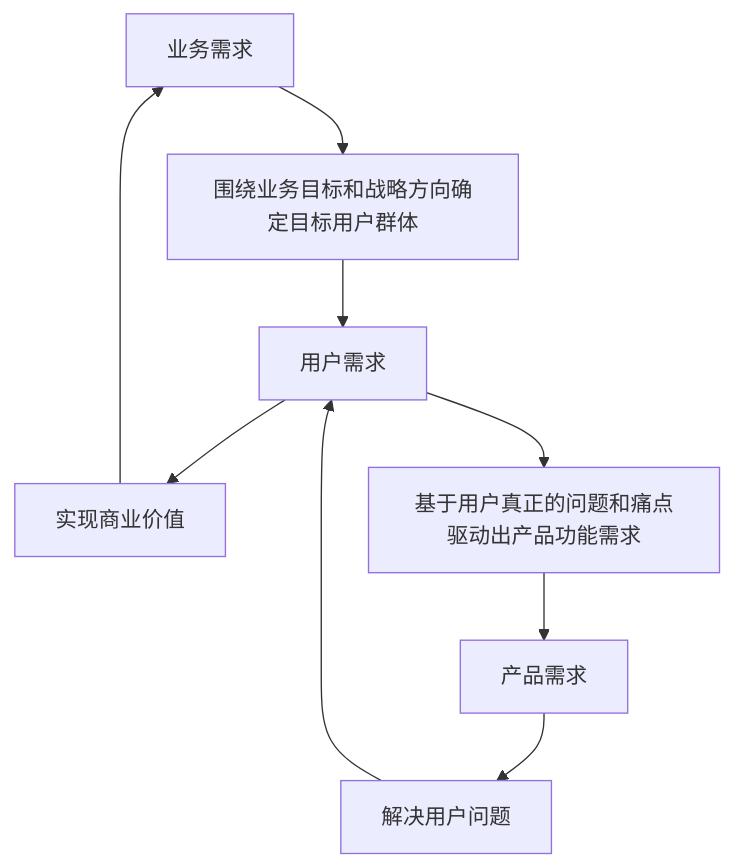
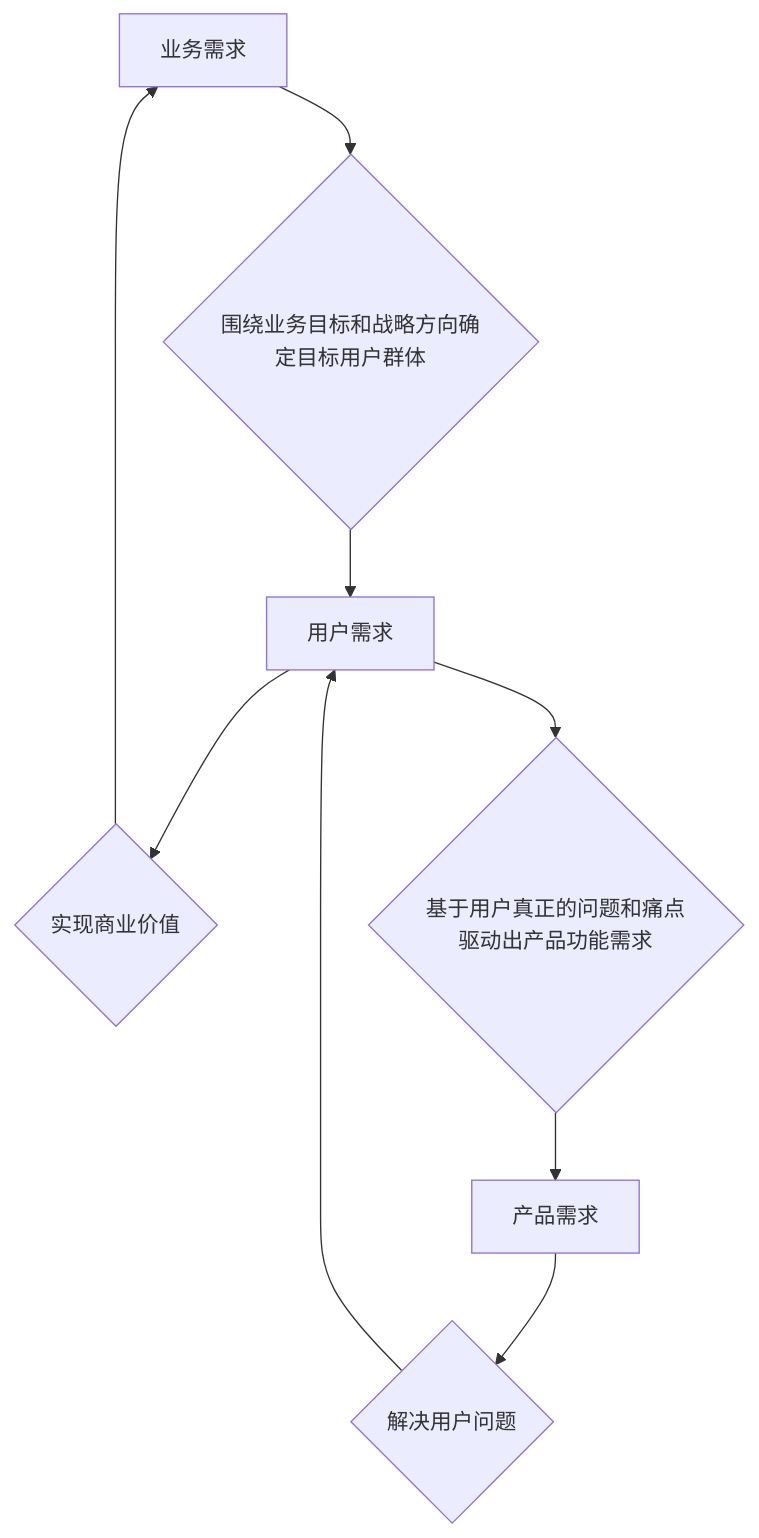
One commit to hr-koala/htblog changed the first of 3 diagrams in src/szkingdom/productization.md. Above: the diagram before and after it, drawn with Mermaid. The commit also changed other lines of this file and 2 other files, not shown here.

````diff
--- a/src/szkingdom/productization.md
+++ b/src/szkingdom/productization.md
@@ -189,11 +210,11 @@
 ```mermaid
 flowchart TD
-    A[业务需求] --> B[围绕业务目标和战略方向确定目标用户群体]
+    A[业务需求] --> B{围绕业务目标和战略方向确定目标用户群体}
     B --> C[用户需求]
-    C --> D[实现商业价值]
+    C --> D{实现商业价值}
     D --> A
-    C --> E[基于用户真正的问题和痛点驱动出产品功能需求]
+    C --> E{基于用户真正的问题和痛点驱动出产品功能需求}
     E --> F[产品需求]
-    F --> G[解决用户问题]
+    F --> G{解决用户问题}
     G --> C
 ```
````
